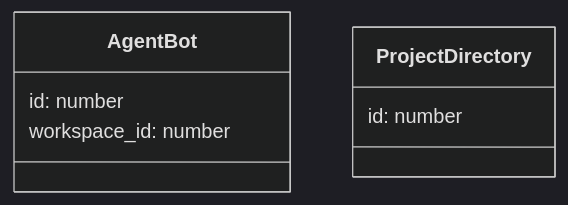
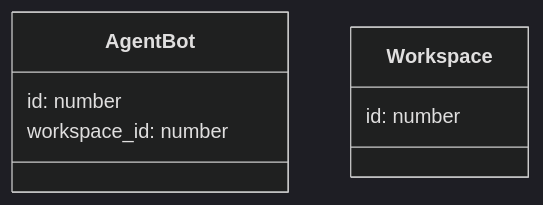
One commit to weibaohui/ntd changed the third of 4 diagrams in frontend/src/help/pages/ws-bot-count.md. Above: the diagram before and after it, drawn with Mermaid (dark theme). The commit also changed other lines of this file and 122 other files, not shown here.

First line of the commit message:
refactor(104): 工作空间命名统一——project_directory 全套改为 workspace (#1054)

````diff
--- a/frontend/src/help/pages/ws-bot-count.md
+++ b/frontend/src/help/pages/ws-bot-count.md
@@ -29,10 +29,10 @@
 ```mermaid
 classDiagram
   class AgentBot {
     id: number
     workspace_id: number
   }
-  class ProjectDirectory {
+  class Workspace {
     id: number
   }
 ```
````
